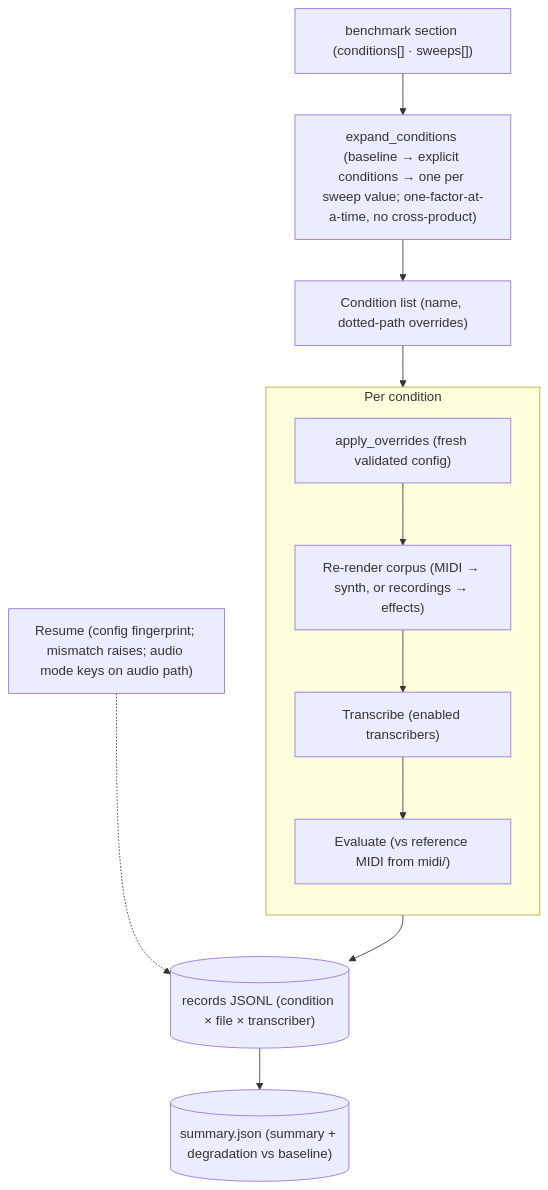
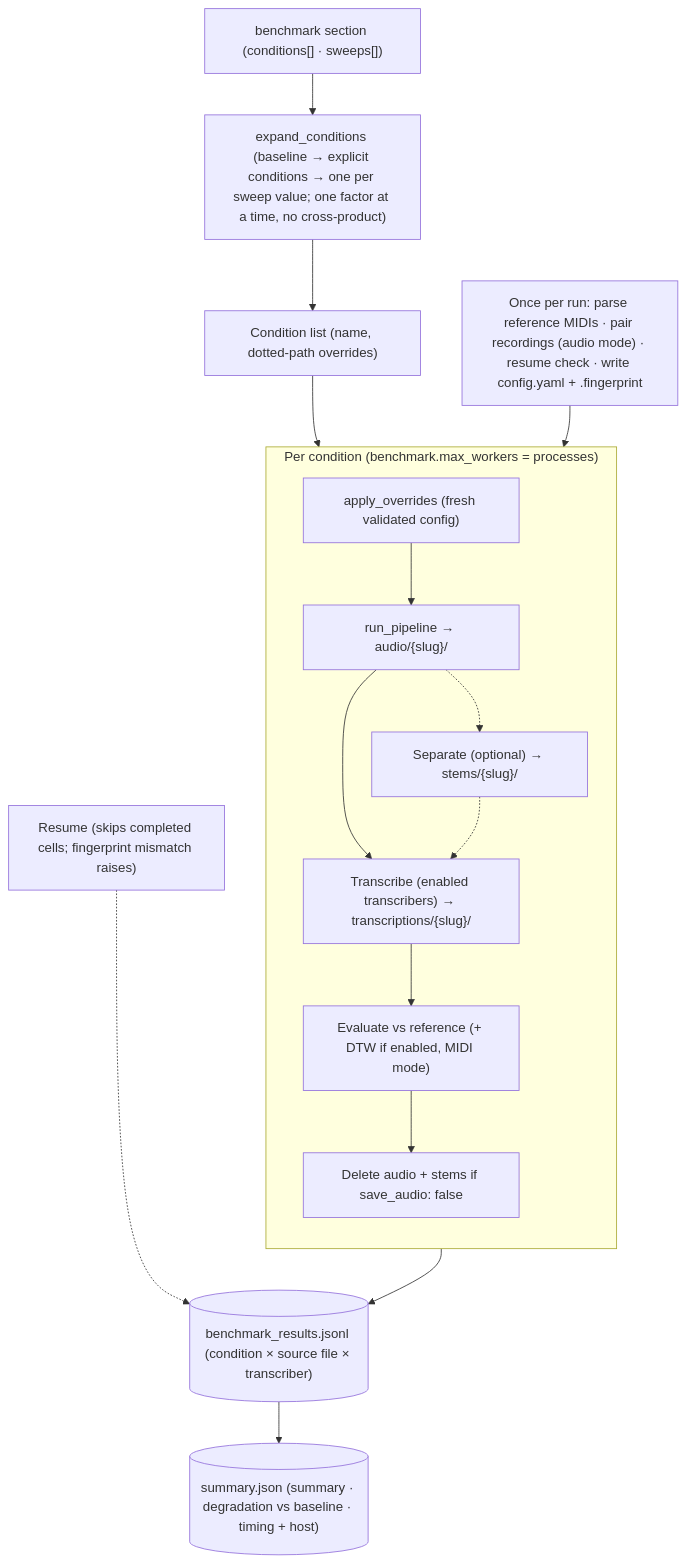
One commit to dadmaan/sonitra changed the sixth of 10 diagrams in ARCHITECTURE.md. Above: the diagram before and after it, drawn with Mermaid. The commit also changed other lines of this file, not shown here.

Commit message:
docs: Update ARCHITECTURE

````diff
--- a/ARCHITECTURE.md
+++ b/ARCHITECTURE.md
@@ -128,22 +146,28 @@
 ```mermaid
 flowchart TB
     bm["benchmark section (conditions[] · sweeps[])"]
-    expand["expand_conditions (baseline → explicit conditions → one per sweep value; one-factor-at-a-time, no cross-product)"]
+    expand["expand_conditions (baseline → explicit conditions → one per sweep value; one factor at a time, no cross-product)"]
     conds["Condition list (name, dotted-path overrides)"]
+    setup["Once per run: parse reference MIDIs · pair recordings (audio mode) · resume check · write config.yaml + .fingerprint"]
     bm --> expand --> conds
 
-    subgraph percond["Per condition"]
+    subgraph percond["Per condition (benchmark.max_workers = processes)"]
         direction TB
         apply["apply_overrides (fresh validated config)"]
-        render["Re-render corpus (MIDI → synth, or recordings → effects)"]
-        tx["Transcribe (enabled transcribers)"]
-        eval["Evaluate (vs reference MIDI from midi/)"]
-        apply --> render --> tx --> eval
+        render["run_pipeline → audio/{slug}/"]
+        sep["Separate (optional) → stems/{slug}/"]
+        tx["Transcribe (enabled transcribers) → transcriptions/{slug}/"]
+        eval["Evaluate vs reference (+ DTW if enabled, MIDI mode)"]
+        clean["Delete audio + stems if save_audio: false"]
+        apply --> render --> tx
+        render -.-> sep -.-> tx
+        tx --> eval --> clean
     end
 
     conds --> percond
-    percond --> records[("records JSONL (condition × file × transcriber)")]
-    records --> summary[("summary.json (summary + degradation vs baseline)")]
-    resume["Resume (config fingerprint; mismatch raises; audio mode keys on audio path)"]
+    setup --> percond
+    percond --> records[("benchmark_results.jsonl (condition × source file × transcriber)")]
+    records --> summary[("summary.json (summary · degradation vs baseline · timing + host)")]
+    resume["Resume (skips completed cells; fingerprint mismatch raises)"]
     resume -.-> records
 ```
````
